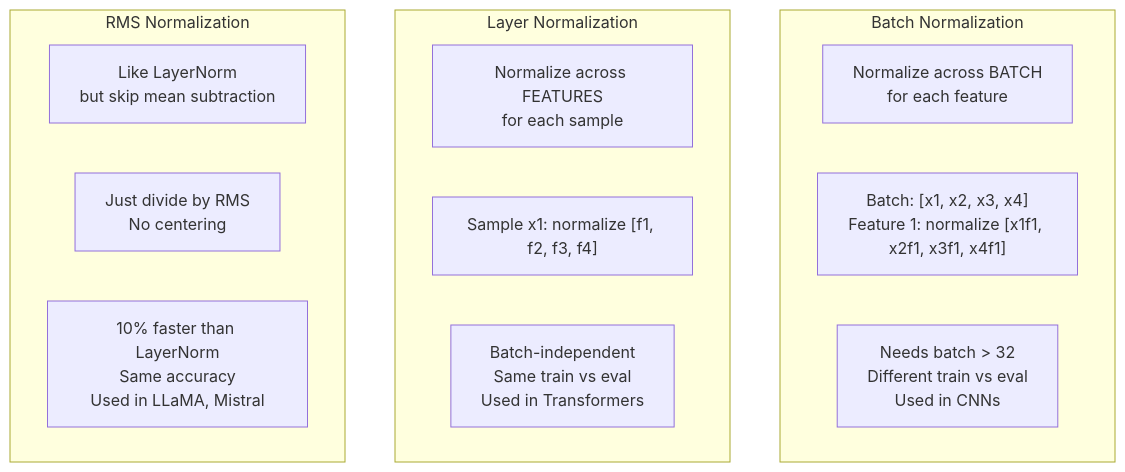
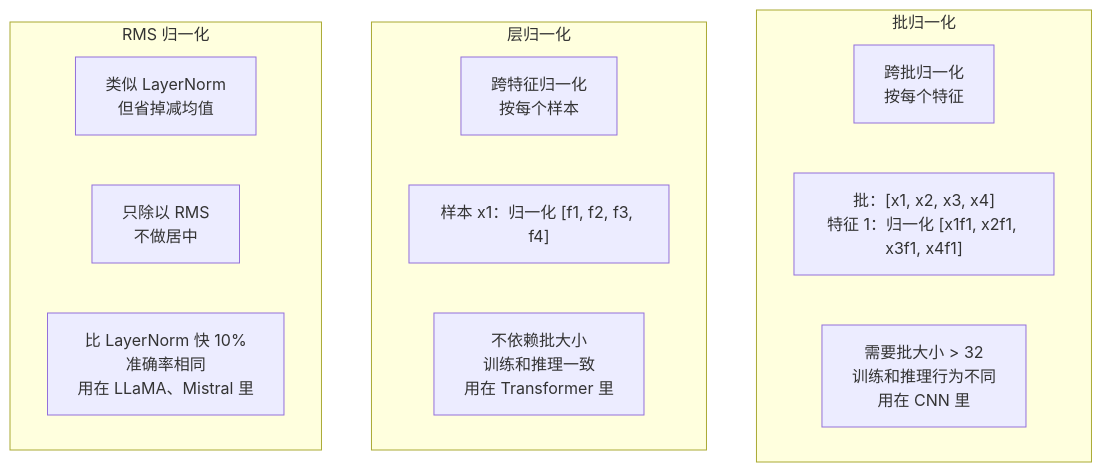
One commit to alessandrodinisio-ai/ai-engineering-learning-framework changed the second of 3 diagrams in phases/03-deep-learning-core/07-regularization/docs/zh.md. Above: the diagram before and after it, drawn with Mermaid. The commit also changed other lines of this file and 120 other files, not shown here.

First line of the commit message:
i18n(mermaid): 337 个 mermaid 图表标签中文化

````diff
--- a/phases/03-deep-learning-core/07-regularization/docs/zh.md
+++ b/phases/03-deep-learning-core/07-regularization/docs/zh.md
@@ -136,18 +136,18 @@
 ```mermaid
 graph TD
-    subgraph "Batch Normalization"
-        BN_D["Normalize across BATCH<br/>for each feature"]
-        BN_S["Batch: [x1, x2, x3, x4]<br/>Feature 1: normalize [x1f1, x2f1, x3f1, x4f1]"]
-        BN_P["Needs batch > 32<br/>Different train vs eval<br/>Used in CNNs"]
+    subgraph "批归一化"
+        BN_D["跨批归一化<br/>按每个特征"]
+        BN_S["批：[x1, x2, x3, x4]<br/>特征 1：归一化 [x1f1, x2f1, x3f1, x4f1]"]
+        BN_P["需要批大小 > 32<br/>训练和推理行为不同<br/>用在 CNN 里"]
     end
-    subgraph "Layer Normalization"
-        LN_D["Normalize across FEATURES<br/>for each sample"]
-        LN_S["Sample x1: normalize [f1, f2, f3, f4]"]
-        LN_P["Batch-independent<br/>Same train vs eval<br/>Used in Transformers"]
+    subgraph "层归一化"
+        LN_D["跨特征归一化<br/>按每个样本"]
+        LN_S["样本 x1：归一化 [f1, f2, f3, f4]"]
+        LN_P["不依赖批大小<br/>训练和推理一致<br/>用在 Transformer 里"]
     end
-    subgraph "RMS Normalization"
-        RN_D["Like LayerNorm<br/>but skip mean subtraction"]
-        RN_S["Just divide by RMS<br/>No centering"]
-        RN_P["10% faster than LayerNorm<br/>Same accuracy<br/>Used in LLaMA, Mistral"]
+    subgraph "RMS 归一化"
+        RN_D["类似 LayerNorm<br/>但省掉减均值"]
+        RN_S["只除以 RMS<br/>不做居中"]
+        RN_P["比 LayerNorm 快 10%<br/>准确率相同<br/>用在 LLaMA、Mistral 里"]
     end
 ```
````
